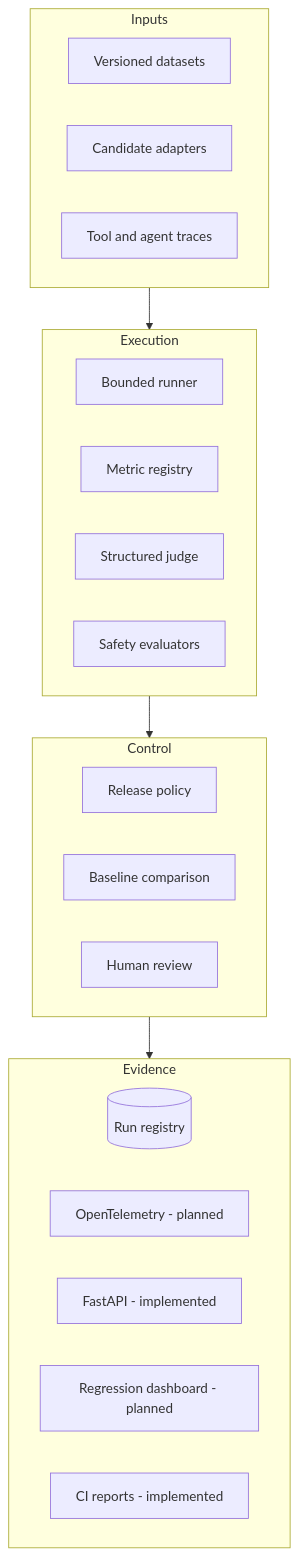
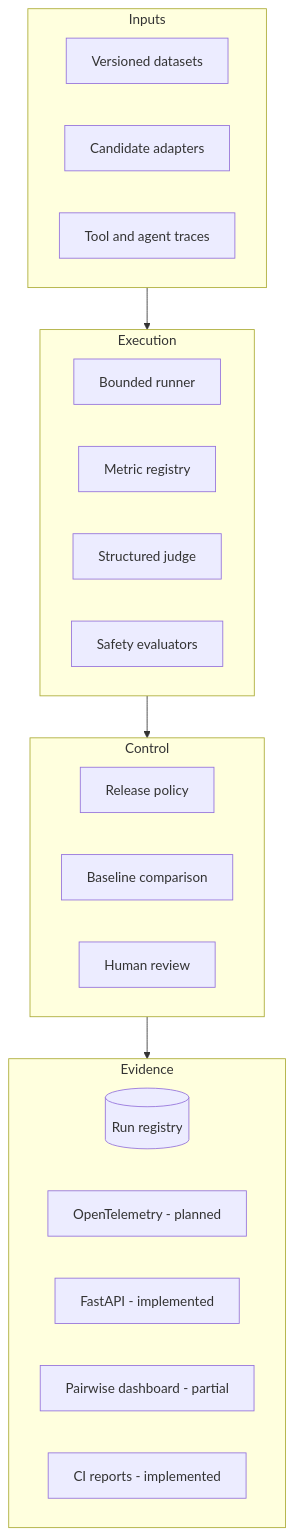
One commit to navaneeth9908/evalforge changed the second of 2 diagrams in docs/architecture.md. Above: the diagram before and after it, drawn with Mermaid. The commit also changed other lines of this file and 14 other files, not shown here.

````diff
--- a/docs/architecture.md
+++ b/docs/architecture.md
@@ -99,27 +99,27 @@
 ```mermaid
 flowchart TB
     subgraph Inputs
       D[Versioned datasets]
       C[Candidate adapters]
       T[Tool and agent traces]
     end
     subgraph Execution
       Q[Bounded runner]
       M[Metric registry]
       J[Structured judge]
       S[Safety evaluators]
     end
     subgraph Control
       P[Release policy]
       B[Baseline comparison]
       H[Human review]
     end
     subgraph Evidence
       DB[(Run registry)]
       OT[OpenTelemetry - planned]
       API[FastAPI - implemented]
-      UI[Regression dashboard - planned]
+      UI[Pairwise dashboard - partial]
       CI[CI reports - implemented]
     end
     Inputs --> Execution --> Control --> Evidence
 ```
````
